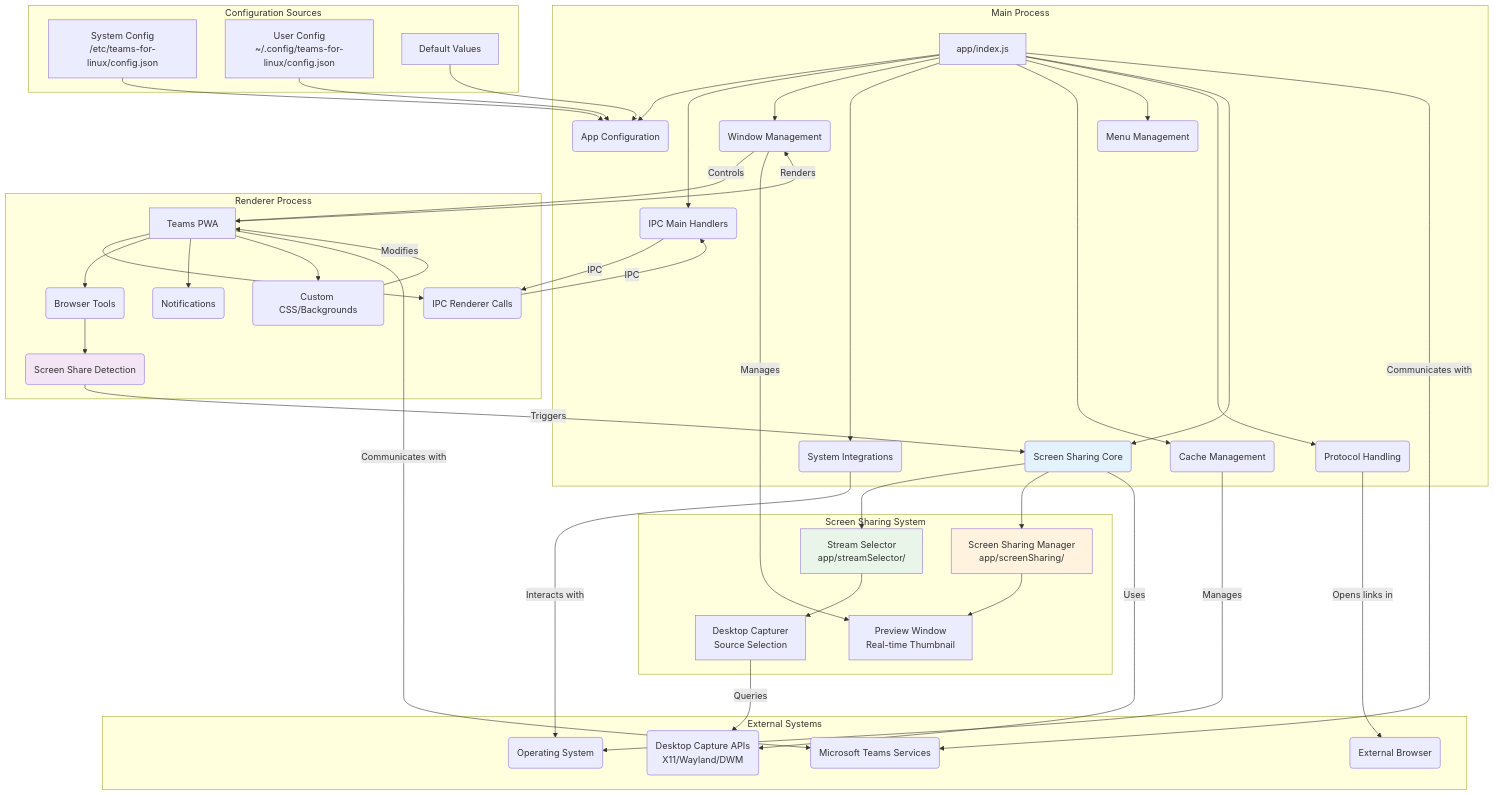
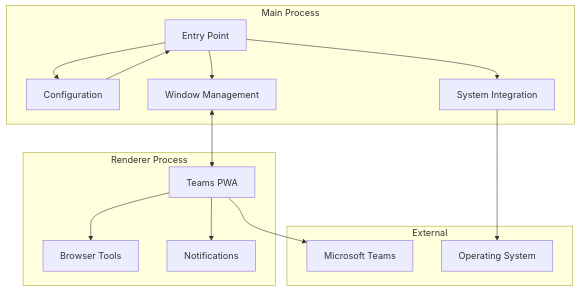
One commit to IsmaelMartinez/teams-for-linux changed the diagram in docs-site/docs/index.md. Above: the diagram before and after it, drawn with Mermaid. The commit also changed other lines of this file and 2 other files, not shown here.

Commit message:
Simplify docs homepage and screen sharing guide
- Reduce index.md by removing individual ADR links, referencing landing pages instead
- Simplify architecture diagram to show high-level overview
- Remove quick-reference.md to avoid duplicate information
- Streamline screen-sharing.md by removing developer-focused sections (How it Works, Security Considerations, Development Information, Best Practices)

This makes documentation more maintainable and user-focused.

````diff
--- a/docs-site/docs/index.md
+++ b/docs-site/docs/index.md
@@ -61,70 +50,23 @@
 ```mermaid
 graph TD
-    subgraph Main Process
-        A[app/index.js] --> B(App Configuration)
-        A --> C(IPC Main Handlers)
-        A --> D(Window Management)
-        A --> E(System Integrations)
-        A --> F(Cache Management)
-        A --> G(Menu Management)
-        A --> H(Protocol Handling)
-        A --> T(Screen Sharing Core)
+    subgraph Main["Main Process"]
+        A[Entry Point] --> B[Configuration]
+        A --> C[Window Management]
+        A --> D[System Integration]
     end
 
-    subgraph Configuration Sources
-        Q[System Config<br>/etc/teams-for-linux/config.json]
-        R[User Config<br>~/.config/teams-for-linux/config.json]
-        S[Default Values]
+    subgraph Renderer["Renderer Process"]
+        E[Teams PWA] --> F[Browser Tools]
+        E --> G[Notifications]
     end
 
-    subgraph Renderer Process
-        I[Teams PWA] --> J(IPC Renderer Calls)
-        I --> K(Browser Tools)
-        I --> L(Notifications)
-        I --> M(Custom CSS/Backgrounds)
-        K --> U(Screen Share Detection)
-    end
-    
-    subgraph Screen Sharing System
-        T --> V[Stream Selector<br>app/streamSelector/]
-        T --> W[Screen Sharing Manager<br>app/screenSharing/]
-        V --> X[Desktop Capturer<br>Source Selection]
-        W --> Y[Preview Window<br>Real-time Thumbnail]
+    subgraph External["External"]
+        H[Microsoft Teams]
+        I[Operating System]
     end
 
-    subgraph External Systems
-        N(Operating System)
-        O(Microsoft Teams Services)
-        P(External Browser)
-        Z(Desktop Capture APIs<br>X11/Wayland/DWM)
-    end
-
-    Q --> B
-    R --> B
-    S --> B
-
-    C -- IPC --> J
-    J -- IPC --> C
-
-    D -- Controls --> I
-    I -- Renders --> D
-    D -- Manages --> Y
-
-    E -- Interacts with --> N
-    H -- Opens links in --> P
-
-    I -- Communicates with --> O
-    A -- Communicates with --> O
-
-    F -- Manages --> N
-    M -- Modifies --> I
-    
-    U -- Triggers --> T
-    T -- Uses --> Z
-    X -- Queries --> Z
-    
-    style T fill:#e3f2fd
-    style V fill:#e8f5e8
-    style W fill:#fff3e0
-    style U fill:#f3e5f5
+    B --> A
+    C <--> E
+    D --> I
+    E --> H
 ```
````
